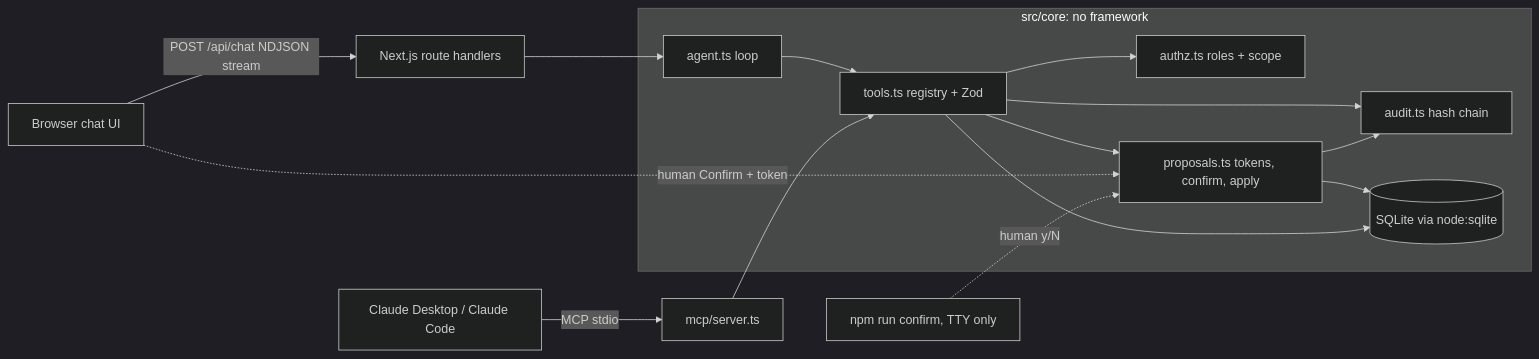
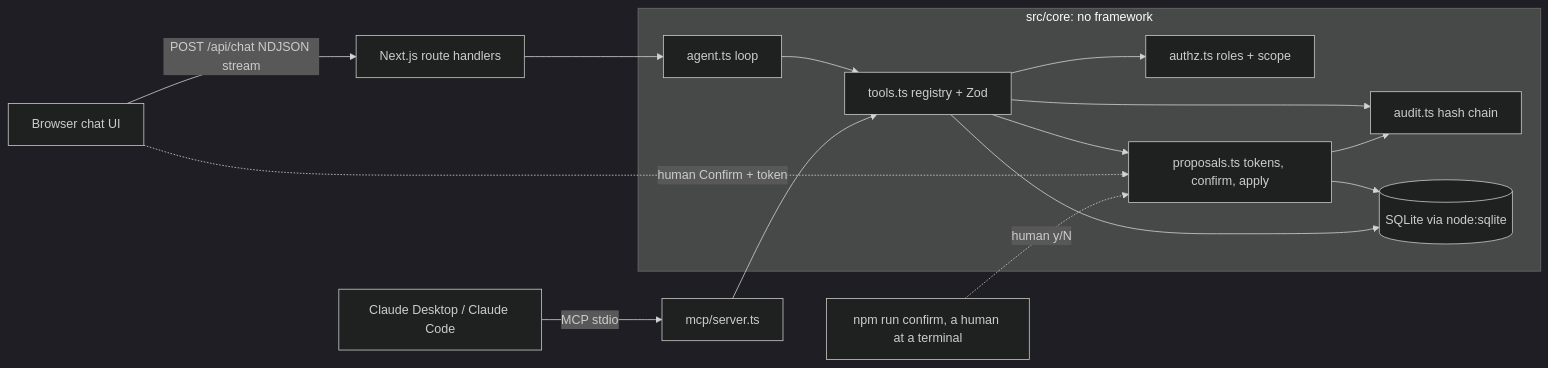
One commit to avemhq/confirm-first-agent changed the diagram in README.md. Above: the diagram before and after it, drawn with Mermaid (dark theme). The commit also changed other lines of this file and 29 other files, not shown here.

````diff
--- a/README.md
+++ b/README.md
@@ -30,18 +92,18 @@
 ```mermaid
 flowchart LR
   B[Browser chat UI] -->|POST /api/chat NDJSON stream| R[Next.js route handlers]
   C[Claude Desktop / Claude Code] -->|MCP stdio| M[mcp/server.ts]
   subgraph Core [src/core: no framework]
     A[agent.ts loop] --> T[tools.ts registry + Zod]
     T --> Z[authz.ts roles + scope]
     T --> P[proposals.ts tokens, confirm, apply]
     T --> L[audit.ts hash chain]
     P --> L
     P --> D[(SQLite via node:sqlite)]
     T --> D
   end
   R --> A
   M --> T
   B -. human Confirm + token .-> P
-  CLI[npm run confirm, TTY only] -. human y/N .-> P
+  CLI[npm run confirm, a human at a terminal] -. human y/N .-> P
 ```
````
